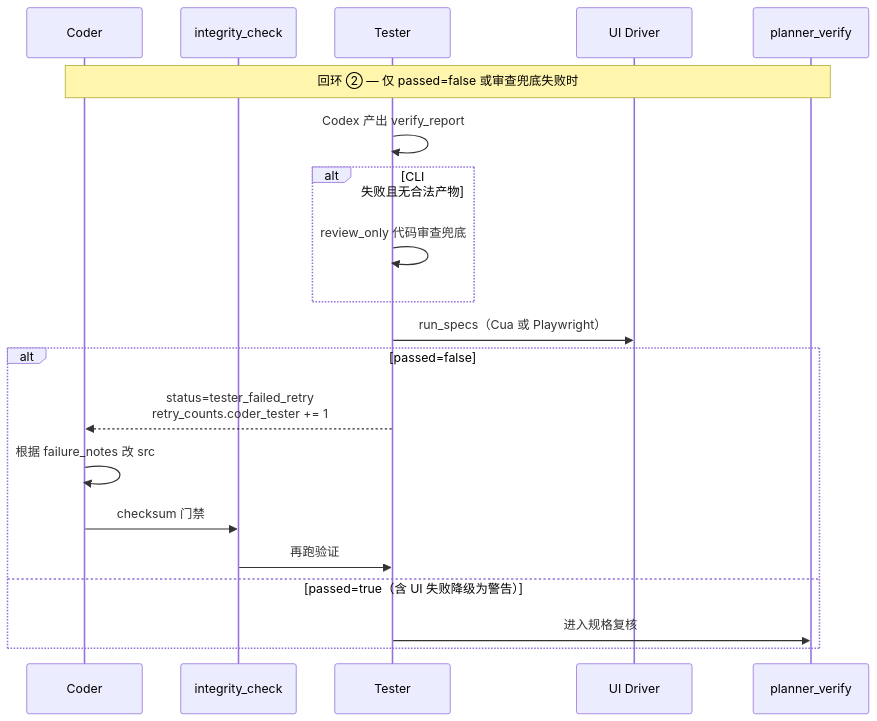
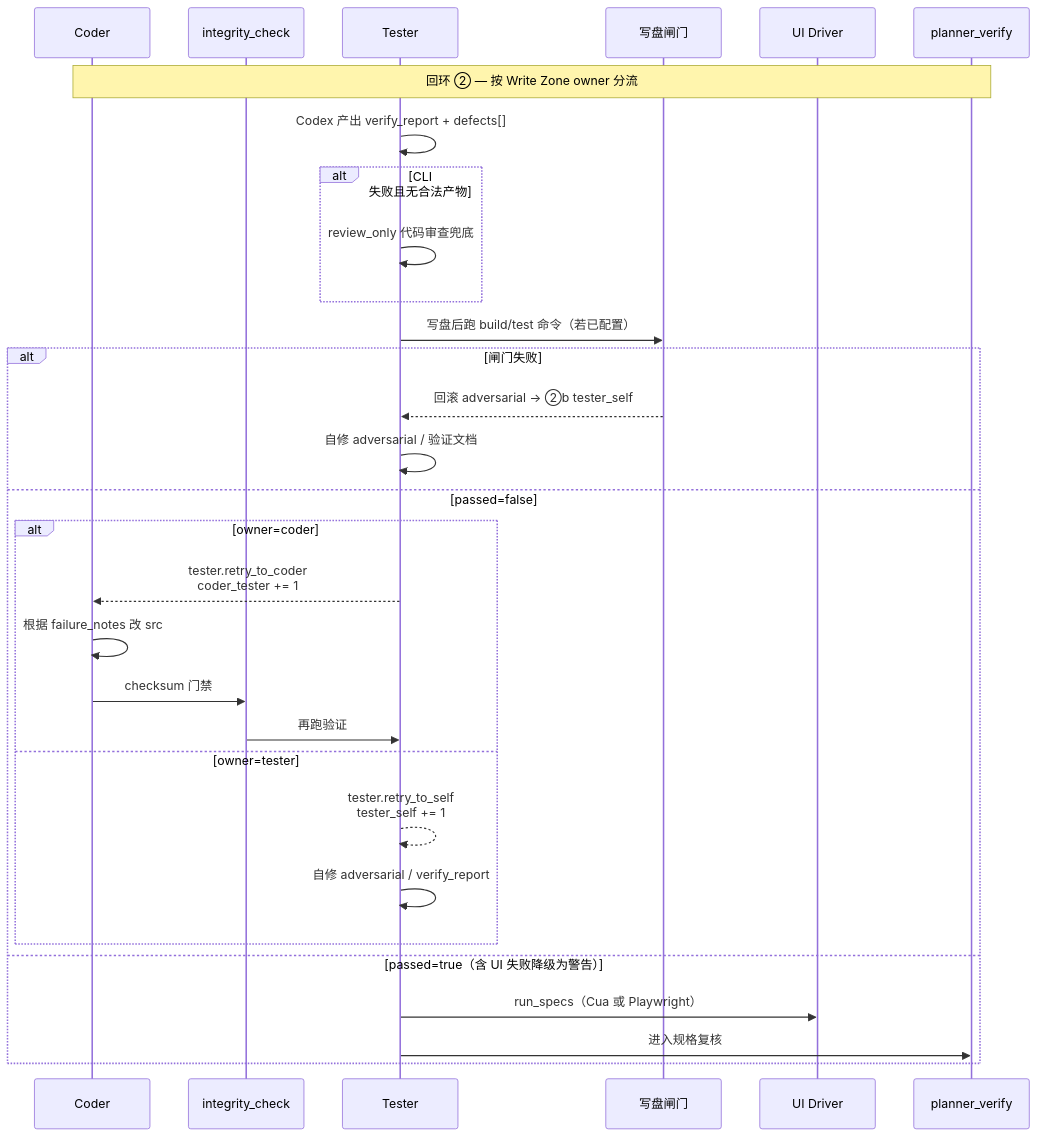
The third of 4 diagrams in README.md (ai-poet/spec-forge), drawn with Mermaid before and after one commit. The commit also changed other lines of this file, not shown here.

First line of the commit message:
feat: enhance documentation and clarify write zones in project structure

````diff
--- a/README.md
+++ b/README.md
@@ -205,23 +233,33 @@
 ```mermaid
 sequenceDiagram
   participant Coder
   participant Integrity as integrity_check
   participant Tester
+  participant Gate as 写盘闸门
   participant UI as UI Driver
   participant Verify as planner_verify
 
-  Note over Coder,Verify: 回环 ② — 仅 passed=false 或审查兜底失败时
-  Tester->>Tester: Codex 产出 verify_report
+  Note over Coder,Verify: 回环 ② — 按 Write Zone owner 分流
+  Tester->>Tester: Codex 产出 verify_report + defects[]
   alt CLI 失败且无合法产物
     Tester->>Tester: review_only 代码审查兜底
   end
-  Tester->>UI: run_specs（Cua 或 Playwright）
-  alt passed=false
-    Tester-->>Coder: status=tester_failed_retry<br/>retry_counts.coder_tester += 1
-    Coder->>Coder: 根据 failure_notes 改 src
-    Coder->>Integrity: checksum 门禁
-    Integrity->>Tester: 再跑验证
+  Tester->>Gate: 写盘后跑 build/test 命令（若已配置）
+  alt 闸门失败
+    Gate-->>Tester: 回滚 adversarial → ②b tester_self
+    Tester->>Tester: 自修 adversarial / 验证文档
+  else passed=false
+    alt owner=coder
+      Tester-->>Coder: tester.retry_to_coder<br/>coder_tester += 1
+      Coder->>Coder: 根据 failure_notes 改 src
+      Coder->>Integrity: checksum 门禁
+      Integrity->>Tester: 再跑验证
+    else owner=tester
+      Tester-->>Tester: tester.retry_to_self<br/>tester_self += 1
+      Tester->>Tester: 自修 adversarial / verify_report
+    end
   else passed=true（含 UI 失败降级为警告）
+    Tester->>UI: run_specs（Cua 或 Playwright）
     Tester->>Verify: 进入规格复核
   end
 ```
````
